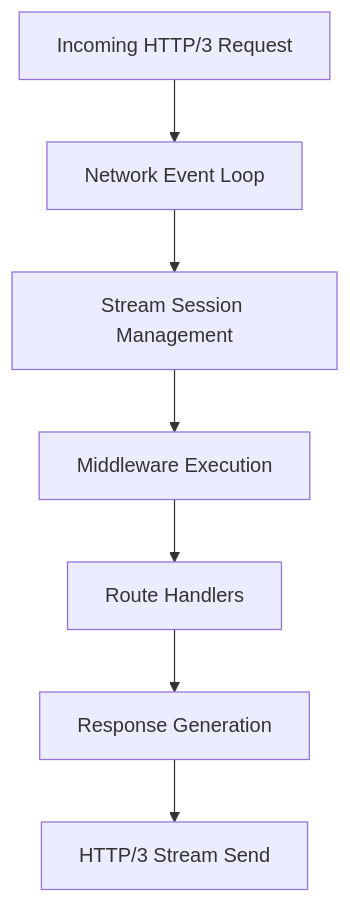
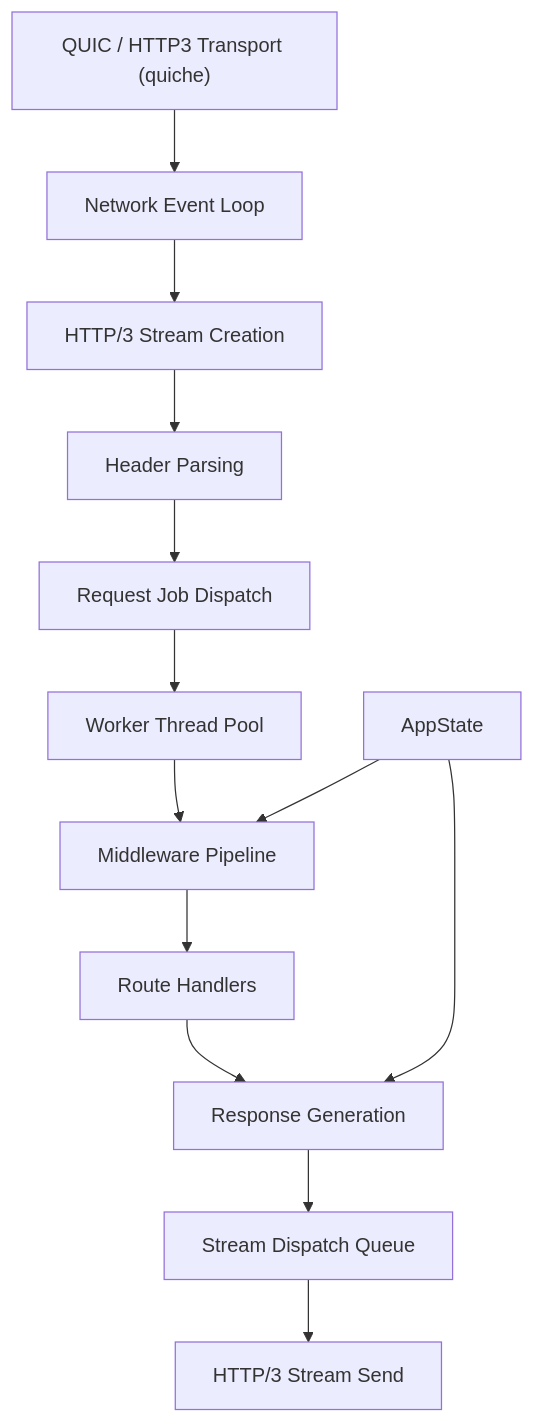
One commit to Cm3lp8/faces_http3_server changed the second of 2 diagrams in README.md. Above: the diagram before and after it, drawn with Mermaid.

````diff
--- a/README.md
+++ b/README.md
@@ -59,9 +59,24 @@
 ```mermaid
 flowchart TD
-    A["Incoming HTTP/3 Request"] --> B["Network Event Loop"]
-    B --> C["Stream Session Management"]
-    C --> D["Middleware Execution"]
-    D --> E["Route Handlers"]
-    E --> F["Response Generation"]
-    F --> G["HTTP/3 Stream Send"]
+    A["QUIC / HTTP3 Transport (quiche)"] --> B["Network Event Loop"]
+
+    B --> C["HTTP/3 Stream Creation"]
+
+    C --> D["Header Parsing"]
+
+    D --> E["Request Job Dispatch"]
+
+    E --> F["Worker Thread Pool"]
+
+    F --> G["Middleware Pipeline"]
+
+    G --> H["Route Handlers"]
+
+    H --> I["Response Generation"]
+
+    I --> J["Stream Dispatch Queue"]
+
+    J --> K["HTTP/3 Stream Send"]
+    L["AppState"] --> I
+    L --> G
 ``` 
````
